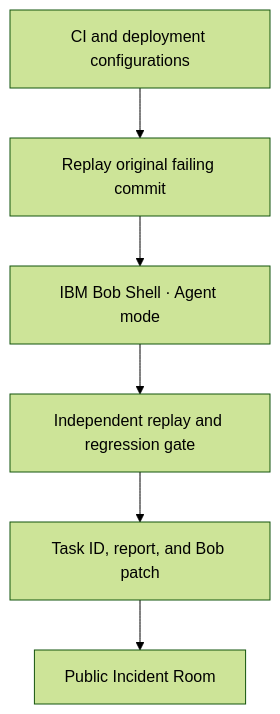
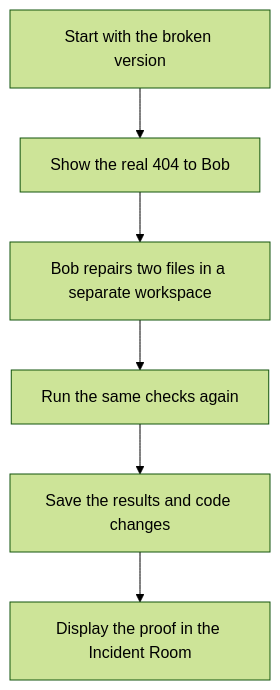
One commit to harshapriyag123/EnvReplay changed the diagram in README.md. Above: the diagram before and after it, drawn with Mermaid (forest theme). The commit also changed other lines of this file and 2 other files, not shown here.

Commit message:
docs: explain EnvReplay with visual walkthrough and runnable commands

````diff
--- a/README.md
+++ b/README.md
@@ -24,8 +57,8 @@
 ```mermaid
 flowchart TB
-    A["CI and deployment configurations"] --> B["Replay original failing commit"]
-    B --> C["IBM Bob Shell · Agent mode"]
-    C --> D["Independent replay and regression gate"]
-    D --> E["Task ID, report, and Bob patch"]
-    E --> F["Public Incident Room"]
+    A["Start with the broken version"] --> B["Show the real 404 to Bob"]
+    B --> C["Bob repairs two files in a separate workspace"]
+    C --> D["Run the same checks again"]
+    D --> E["Save the results and code changes"]
+    E --> F["Display the proof in the Incident Room"]
 ```
````
